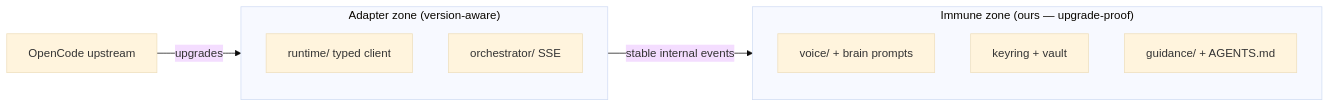
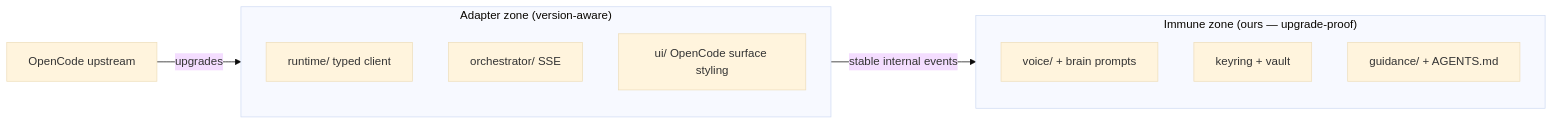
The eighth of 8 diagrams in docs/04-ARCHITECTURE.md (3mar-baha/Vantrilex-OpenCode-Assistant), drawn with Mermaid (base theme) before and after one commit. The commit also changed other lines of this file, not shown here.

````diff
--- a/docs/04-ARCHITECTURE.md
+++ b/docs/04-ARCHITECTURE.md
@@ -132,14 +181,15 @@
 ```mermaid
 flowchart LR
     subgraph IMMUNE["Immune zone (ours — upgrade-proof)"]
         V2["voice/ + brain prompts"]
         K2["keyring + vault"]
         G2["guidance/ + AGENTS.md"]
     end
     subgraph ADAPTER["Adapter zone (version-aware)"]
         R2["runtime/ typed client"]
         O2["orchestrator/ SSE"]
+        U2["ui/ OpenCode surface styling"]
     end
     UP["OpenCode upstream"] -->|upgrades| ADAPTER
     ADAPTER -->|stable internal events| IMMUNE
 ```
````
